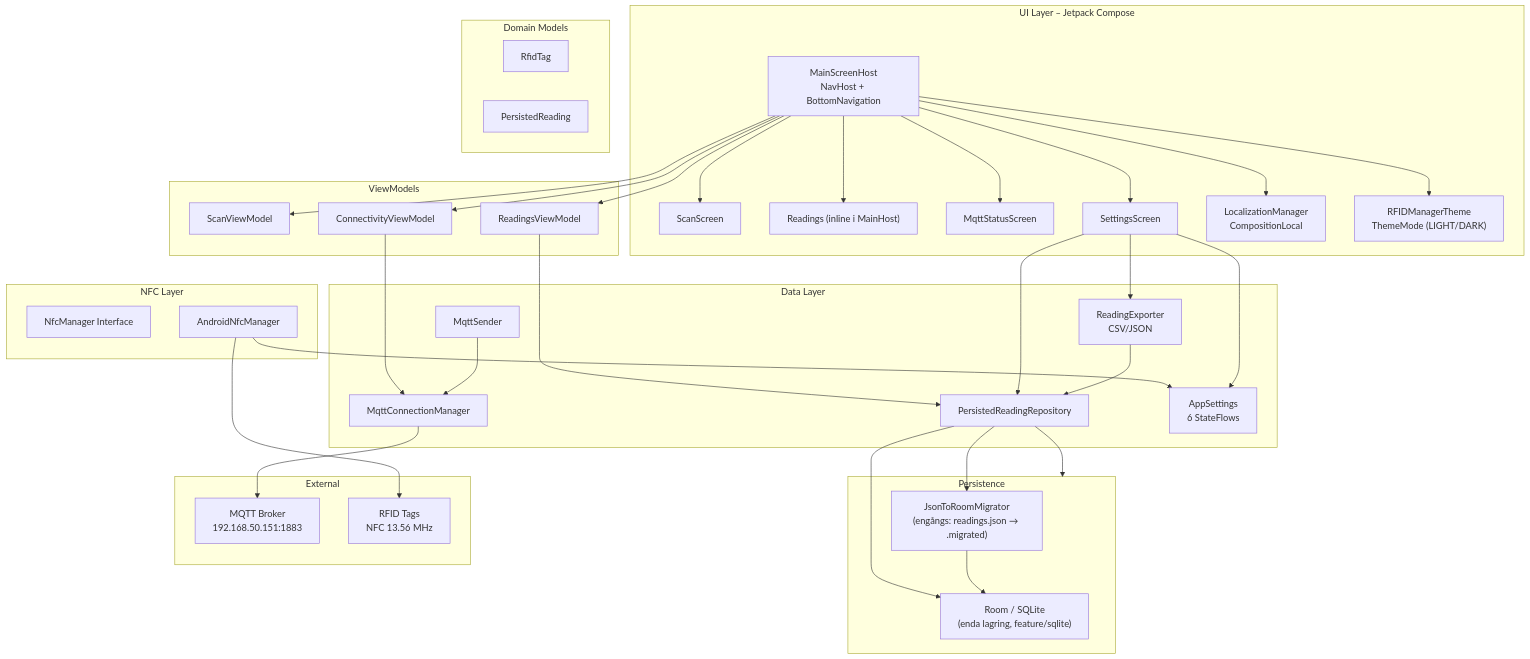
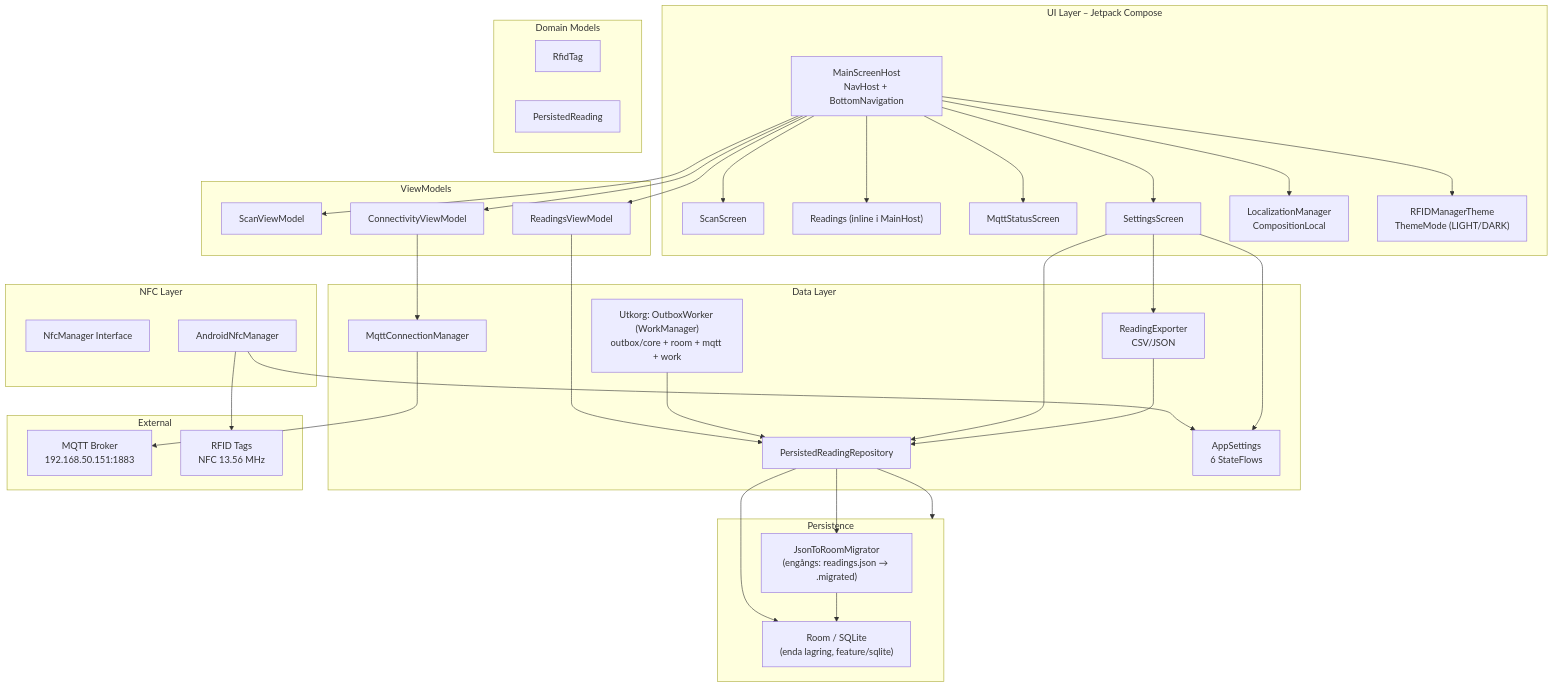
One commit to JoaBerra/rfid-manager changed the first of 2 diagrams in wiki/App-Architecture.md. Above: the diagram before and after it, drawn with Mermaid. The commit also changed other lines of this file and 9 other files, not shown here.

Commit message:
Dokumentation: utkorgen (wiki/Outbox.md), log, Kanban, App-Architecture, Ordlista, README; markAsTransmitted strukes som löst

````diff
--- a/wiki/App-Architecture.md
+++ b/wiki/App-Architecture.md
@@ -8,61 +8,61 @@
 ```mermaid
 graph TD
     subgraph UI["UI Layer – Jetpack Compose"]
         MainHost["MainScreenHost<br/>NavHost + BottomNavigation"]
         ScanScr["ScanScreen"]
         RdgScr["Readings (inline i MainHost)"]
         ConnScr["MqttStatusScreen"]
         SettScr["SettingsScreen"]
         Local["LocalizationManager<br/>CompositionLocal"]
         Theme["RFIDManagerTheme<br/>ThemeMode (LIGHT/DARK)"]
     end
 
     subgraph ViewModels["ViewModels"]
         ScanVM["ScanViewModel"]
         RdgVM["ReadingsViewModel"]
         ConnVM["ConnectivityViewModel"]
     end
 
     subgraph Data["Data Layer"]
         Repo["PersistedReadingRepository"]
         MqttMgr["MqttConnectionManager"]
-        MqttSend["MqttSender"]
+        Outbox["Utkorg: OutboxWorker (WorkManager)<br/>outbox/core + room + mqtt + work"]
         Settings["AppSettings<br/>6 StateFlows"]
         Export["ReadingExporter<br/>CSV/JSON"]
     end
 
     subgraph Storage["Persistence"]
         Room["Room / SQLite<br/>(enda lagring, feature/sqlite)"]
         Migr["JsonToRoomMigrator<br/>(engångs: readings.json → .migrated)"]
     end
 
     subgraph NFC["NFC Layer"]
         NfcMgr["NfcManager Interface"]
         AndroidNfc["AndroidNfcManager"]
     end
 
     subgraph Domain["Domain Models"]
         RfidTag["RfidTag"]
         Persisted["PersistedReading"]
     end
 
     subgraph External["External"]
         Mqtt["MQTT Broker<br/>192.168.50.151:1883"]
         Tag["RFID Tags<br/>NFC 13.56 MHz"]
     end
 
     MainHost --> ScanScr & RdgScr & ConnScr & SettScr
     MainHost --> ScanVM & RdgVM & ConnVM
     MainHost --> Local
     MainHost --> Theme
     RdgVM --> Repo --> Storage
     ConnVM --> MqttMgr
-    MqttSend --> MqttMgr
+    Outbox --> Repo
     MqttMgr --> Mqtt
     AndroidNfc --> Tag
     AndroidNfc --> Settings
     SettScr --> Settings & Repo & Export
     Export --> Repo
     Repo --> Room
     Repo --> Migr --> Room
 ```
````
